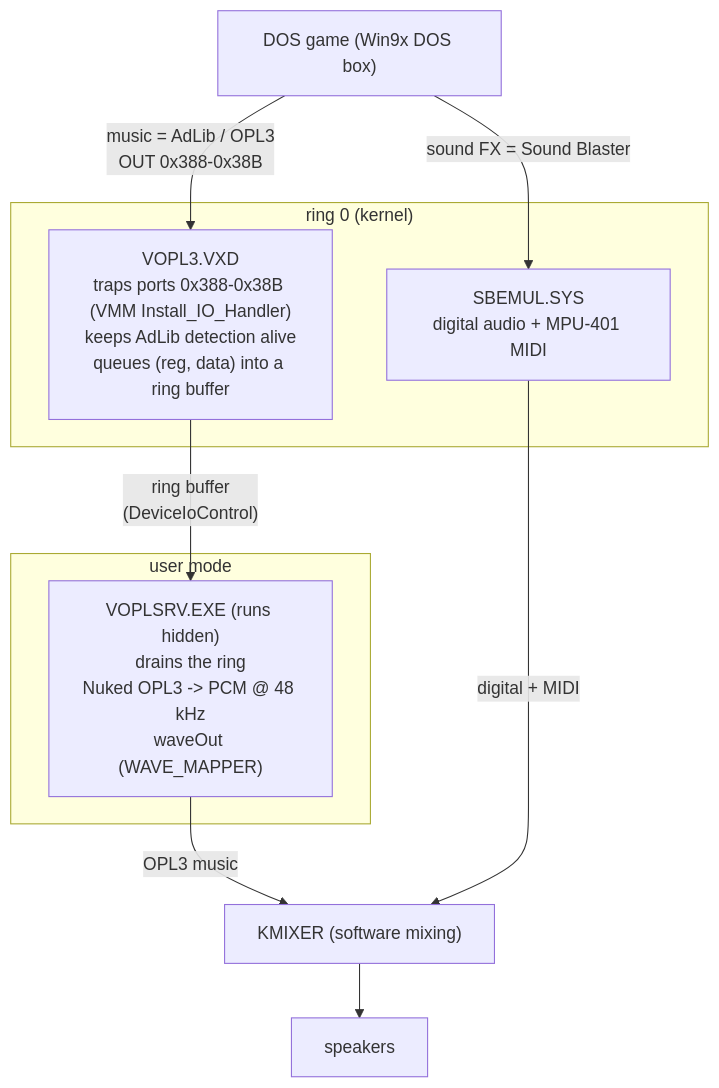
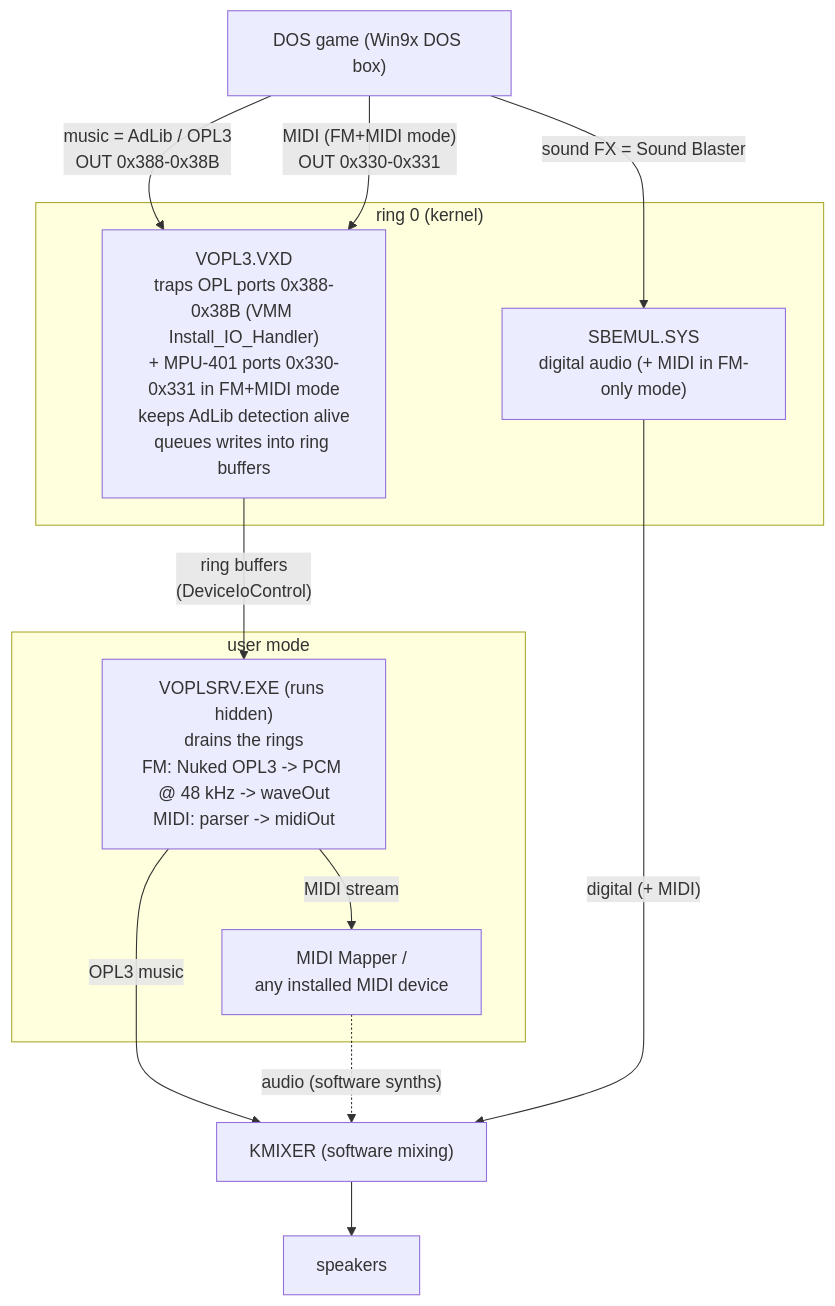
One commit to sdz-mods/VOPL3 changed the diagram in README.md. Above: the diagram before and after it, drawn with Mermaid. The commit also changed other lines of this file and 14 other files, not shown here.

First line of the commit message:
Optional MPU-401 MIDI bridge: routable DOS-game MIDI

````diff
--- a/README.md
+++ b/README.md
@@ -45,20 +46,24 @@
 ```mermaid
 flowchart TD
     G["DOS game (Win9x DOS box)"]
 
     subgraph k["ring 0 (kernel)"]
-        VXD["VOPL3.VXD<br/>traps ports 0x388-0x38B (VMM Install_IO_Handler)<br/>keeps AdLib detection alive<br/>queues (reg, data) into a ring buffer"]
-        SB["SBEMUL.SYS<br/>digital audio + MPU-401 MIDI"]
+        VXD["VOPL3.VXD<br/>traps OPL ports 0x388-0x38B (VMM Install_IO_Handler)<br/>+ MPU-401 ports 0x330-0x331 in FM+MIDI mode<br/>keeps AdLib detection alive<br/>queues writes into ring buffers"]
+        SB["SBEMUL.SYS<br/>digital audio (+ MIDI in FM-only mode)"]
     end
 
     subgraph u["user mode"]
-        SRV["VOPLSRV.EXE (runs hidden)<br/>drains the ring<br/>Nuked OPL3 -> PCM @ 48 kHz<br/>waveOut (WAVE_MAPPER)"]
+        SRV["VOPLSRV.EXE (runs hidden)<br/>drains the rings<br/>FM: Nuked OPL3 -> PCM @ 48 kHz -> waveOut<br/>MIDI: parser -> midiOut"]
+        SYN["MIDI Mapper /<br/>any installed MIDI device"]
     end
 
     G -- "music = AdLib / OPL3<br/>OUT 0x388-0x38B" --> VXD
+    G -- "MIDI (FM+MIDI mode)<br/>OUT 0x330-0x331" --> VXD
     G -- "sound FX = Sound Blaster" --> SB
-    VXD -- "ring buffer<br/>(DeviceIoControl)" --> SRV
+    VXD -- "ring buffers<br/>(DeviceIoControl)" --> SRV
     SRV -- "OPL3 music" --> KMIX["KMIXER (software mixing)"]
-    SB -- "digital + MIDI" --> KMIX
+    SRV -- "MIDI stream" --> SYN
+    SYN -. "audio (software synths)" .-> KMIX
+    SB -- "digital (+ MIDI)" --> KMIX
     KMIX --> SPK["speakers"]
 ```
````
